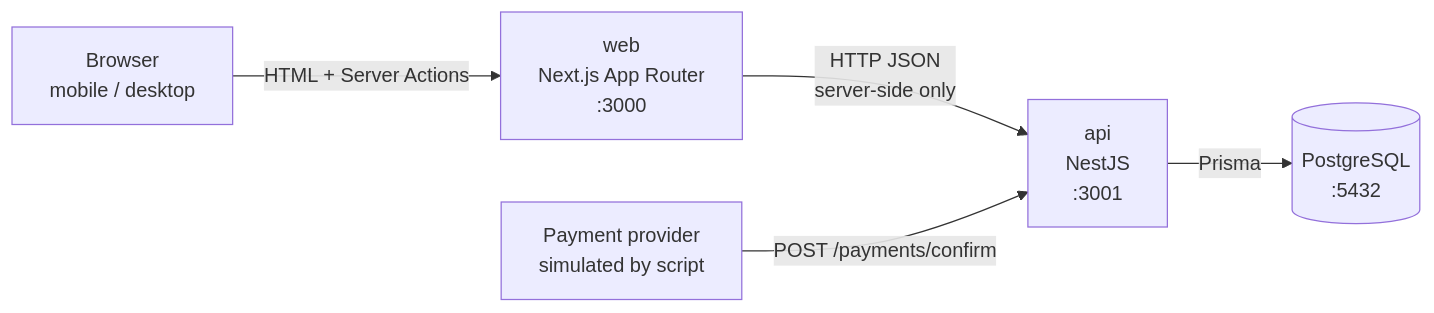
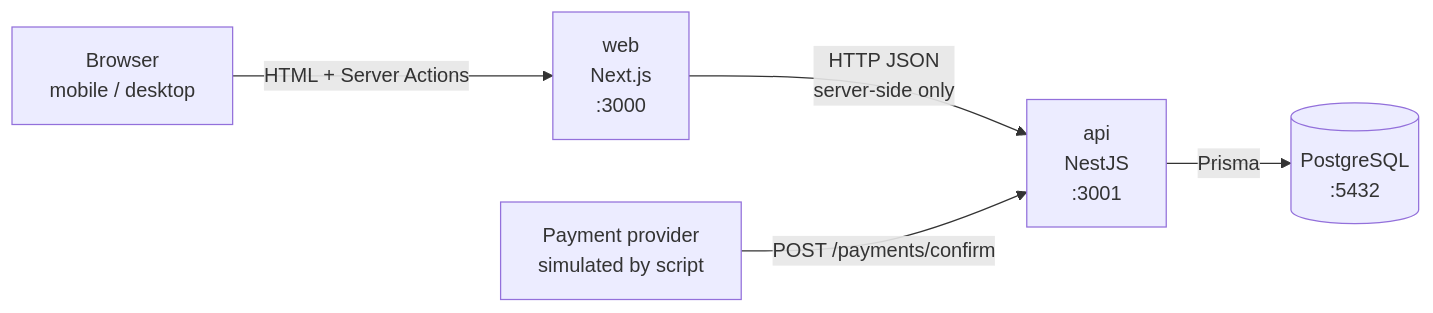
One commit to pitipume/noahs-kiosk changed the diagram in docs/01-architecture.md. Above: the diagram before and after it, drawn with Mermaid. The commit also changed other lines of this file and 11 other files, not shown here.

````diff
--- a/docs/01-architecture.md
+++ b/docs/01-architecture.md
@@ -5,7 +5,7 @@
 ```mermaid
 flowchart LR
-    B[Browser<br/>mobile / desktop] -->|HTML + Server Actions| W[web<br/>Next.js App Router<br/>:3000]
+    B[Browser<br/>mobile / desktop] -->|HTML + Server Actions| W[web<br/>Next.js<br/>:3000]
     W -->|HTTP JSON<br/>server-side only| A[api<br/>NestJS<br/>:3001]
     P[Payment provider<br/>simulated by script] -->|POST /payments/confirm| A
     A -->|Prisma| D[(PostgreSQL<br/>:5432)]
 ```
````
